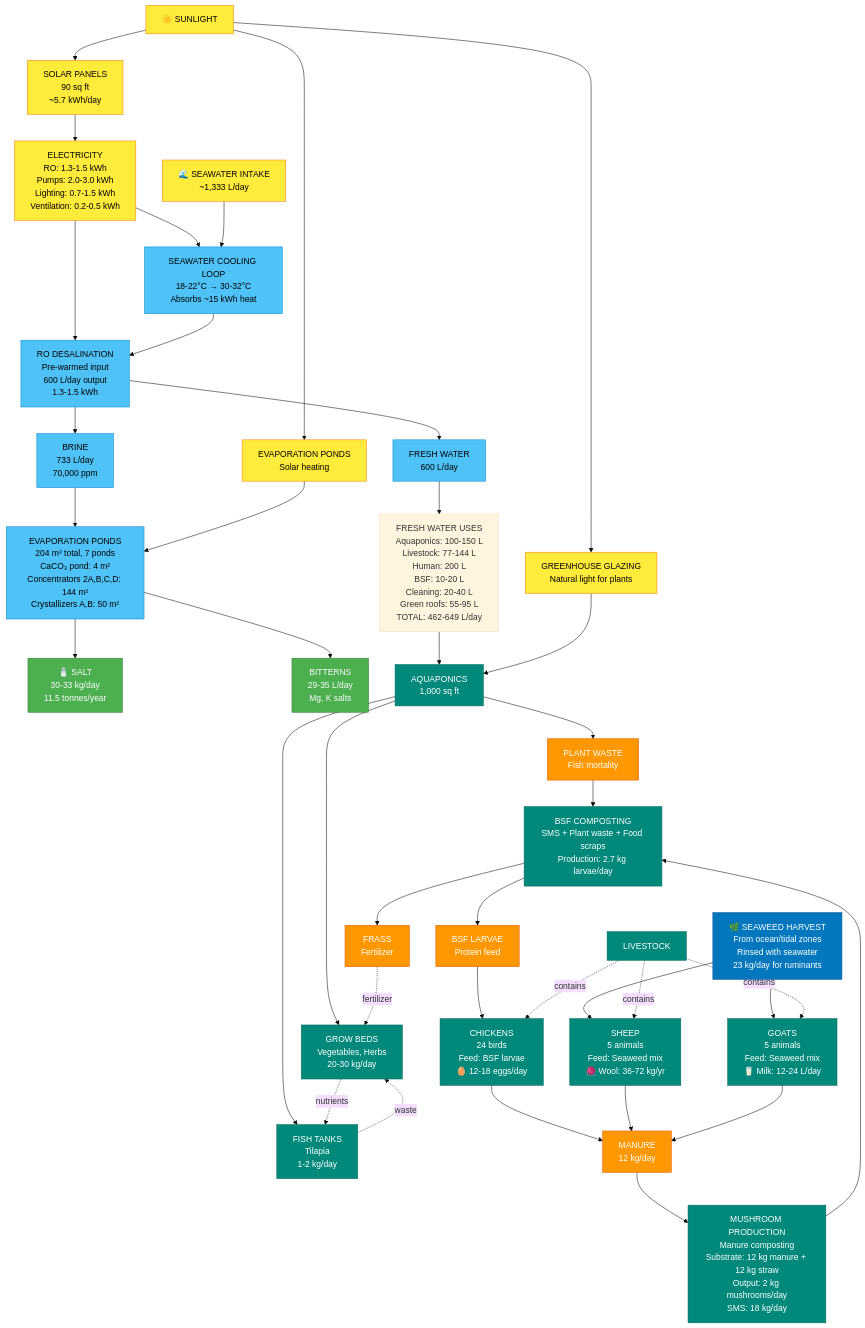
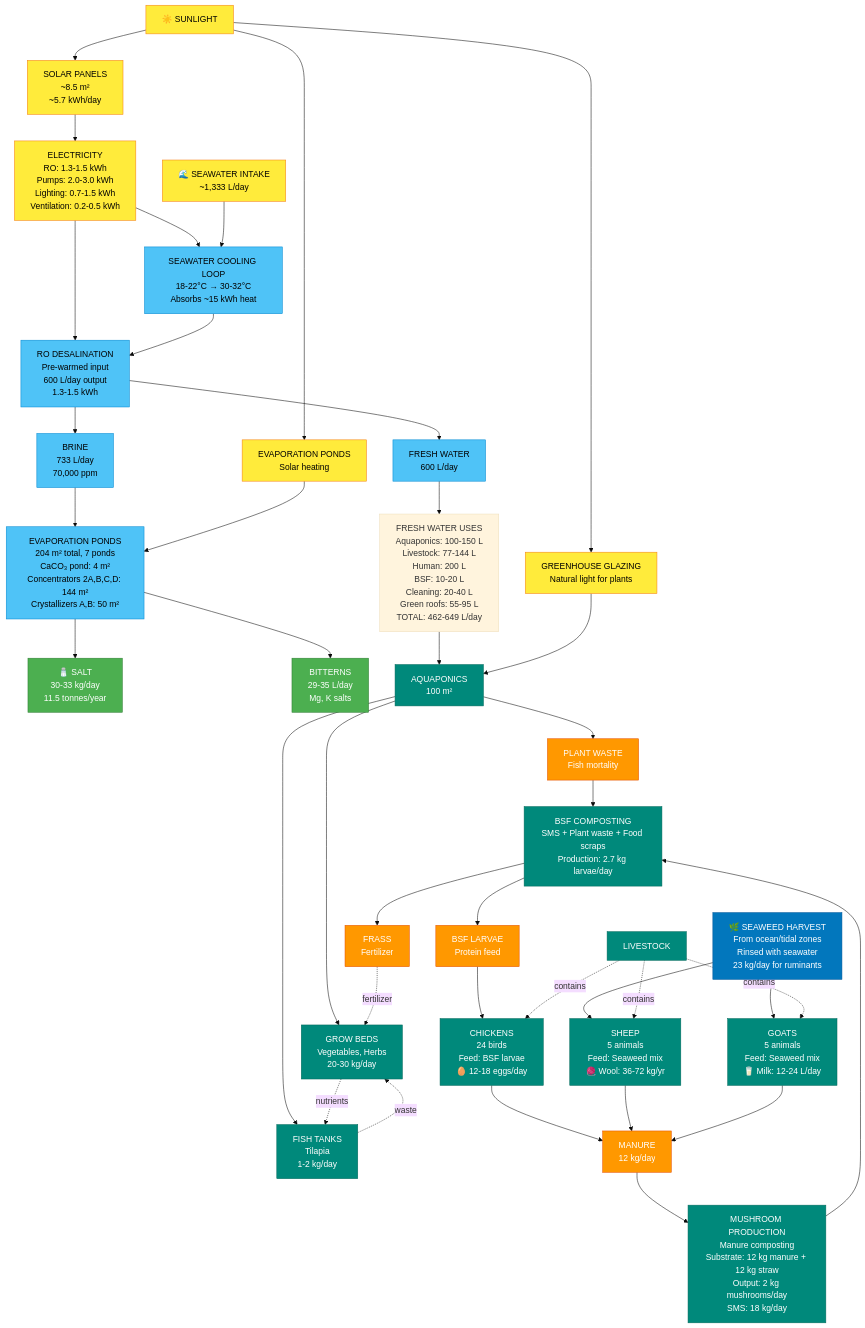
Before and after one commit to wadekaple/terraform: the second of 8 diagrams in research/homestead-system-flowchart.md, drawn with Mermaid. The commit also changed other lines of this file and 8 other files, not shown here.

```diff
--- a/research/homestead-system-flowchart.md
+++ b/research/homestead-system-flowchart.md
@@ -69,7 +69,7 @@
     SUN[☀️ SUNLIGHT]
 
     %% Solar Systems
-    PV[SOLAR PANELS<br/>90 sq ft<br/>~5.7 kWh/day]
+    PV[SOLAR PANELS<br/>~8.5 m²<br/>~5.7 kWh/day]
     GH_LIGHT[GREENHOUSE GLAZING<br/>Natural light for plants]
     EVAP_HEAT[EVAPORATION PONDS<br/>Solar heating]
 
@@ -94,7 +94,7 @@
     BITTERNS[BITTERNS<br/>29-35 L/day<br/>Mg, K salts]
 
     %% Aquaponics
-    AQUA[AQUAPONICS<br/>1,000 sq ft]
+    AQUA[AQUAPONICS<br/>100 m²]
     GROW[GROW BEDS<br/>Vegetables, Herbs<br/>20-30 kg/day]
     FISH_TANK[FISH TANKS<br/>Tilapia<br/>1-2 kg/day]
     WASTE[PLANT WASTE<br/>Fish mortality]
```
